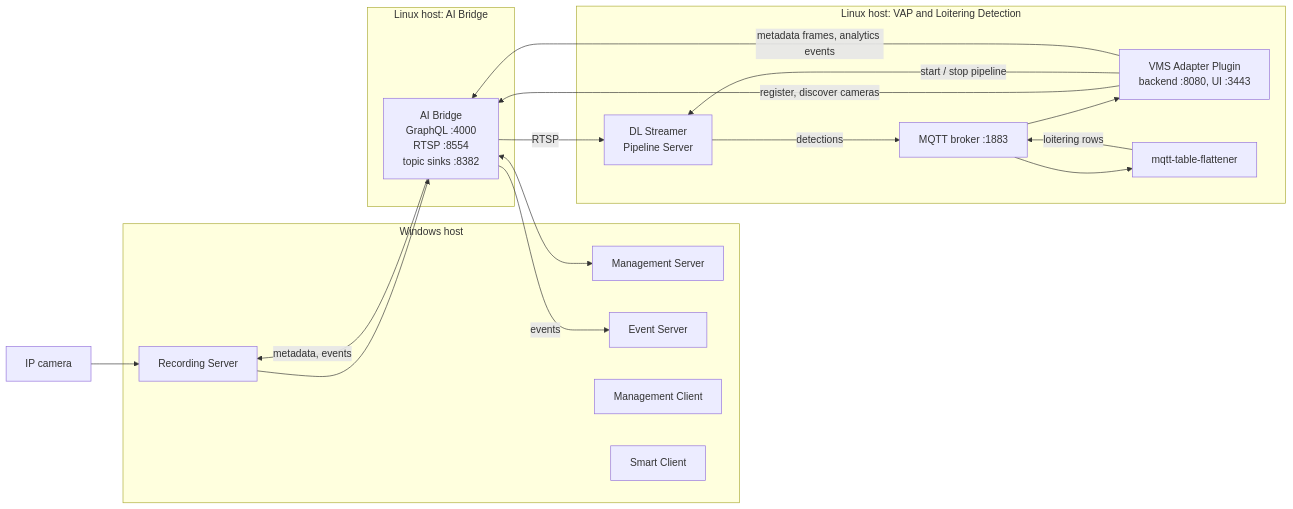
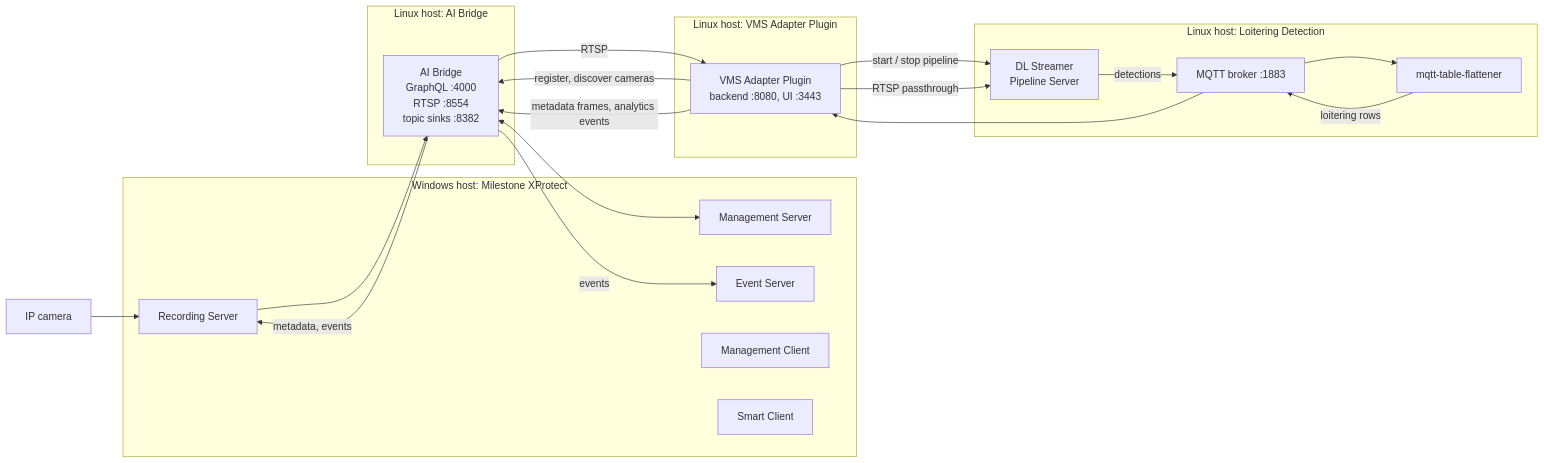
Before and after one commit to 14pankaj/metro-ai-suite: the first of 2 diagrams in vms-adapter-plugin/docs/user-guide/how-to-guides/integrations/milestone/index.md, drawn with Mermaid. The commit also changed other lines of this file and 6 other files, not shown here.

````diff
--- a/vms-adapter-plugin/docs/user-guide/how-to-guides/integrations/milestone/index.md
+++ b/vms-adapter-plugin/docs/user-guide/how-to-guides/integrations/milestone/index.md
@@ -68,32 +70,35 @@
 ```mermaid
 flowchart LR
-  subgraph WIN["Windows host"]
+  subgraph WIN["Windows host: Milestone XProtect"]
     MS["Management Server"]
     RS["Recording Server"]
     ES["Event Server"]
     MC["Management Client"]
     SC["Smart Client"]
   end
   CAM["IP camera"] --> RS
   subgraph AIBH["Linux host: AI Bridge"]
     AIB["AI Bridge<br/>GraphQL :4000<br/>RTSP :8554<br/>topic sinks :8382"]
   end
-  subgraph VAPH["Linux host: VAP and Loitering Detection"]
+  subgraph VAPH["Linux host: VMS Adapter Plugin"]
     VAP["VMS Adapter Plugin<br/>backend :8080, UI :3443"]
+  end
+  subgraph LDH["Linux host: Loitering Detection"]
     DLS["DL Streamer<br/>Pipeline Server"]
     MQ["MQTT broker :1883"]
     FL["mqtt-table-flattener"]
   end
   AIB <--> MS
   RS --> AIB
   AIB -- "metadata, events" --> RS
   AIB -- "events" --> ES
   VAP -- "register, discover cameras" --> AIB
   VAP -- "start / stop pipeline" --> DLS
-  AIB -- "RTSP" --> DLS
+  AIB -- "RTSP" --> VAP
+  VAP -- "RTSP passthrough" --> DLS
   DLS -- "detections" --> MQ
   MQ --> FL
   FL -- "loitering rows" --> MQ
   MQ --> VAP
   VAP -- "metadata frames, analytics events" --> AIB
 ```
````
